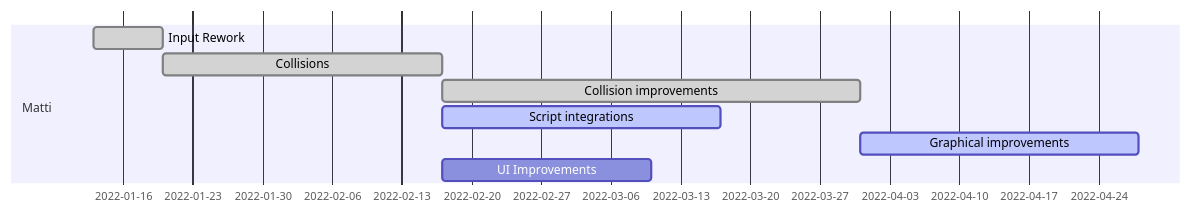
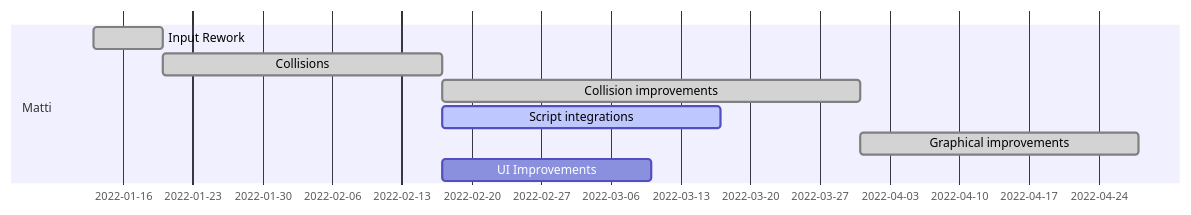
Before and after one commit to IlkkaTakala/Eril-Engine: the third of 3 diagrams in docs/ProjectPlan.md, drawn with Mermaid. The commit also changed other lines of this file, not shown here.

````diff
--- a/docs/ProjectPlan.md
+++ b/docs/ProjectPlan.md
@@ -86,12 +86,12 @@
 ```mermaid
 gantt
 dateFormat  DD-MM
 
 section Matti
 Input Rework           :done,       mdes3, 13-01, 1w
 Collisions             :done,       mdes1, after mdes3, 4w
 Collision improvements :done,       mdes5, after mdes1, 31-03
 Script integrations    :active,     mdes4, after mdes1, 4w
-Graphical improvements :active,     mdes6, after mdes5, 4w
+Graphical improvements :done,       mdes6, after mdes5, 4w
 UI Improvements        :            mdes2, after mdes1, 3w
 ```
````
